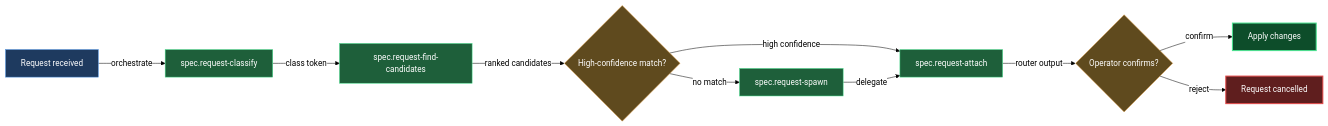
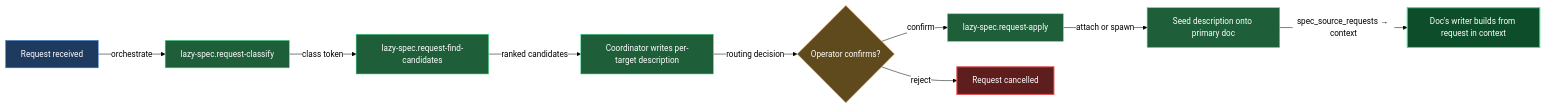
Before and after one commit to mebius-san/lazy-cortex: the diagram in claude/lazycortex-specs/help/requests.md, drawn with Mermaid. The commit also changed other lines of this file and 511 other files, not shown here.

First line of the commit message:
release: core 7.0.0, specs 6.0.0, review 6.1.0, obsidian 3.0.0, wiki 2.0.0, python 4.0.0, experts 1.0.0, diagram 1.1.7, observe 0.8.3

````diff
--- a/claude/lazycortex-specs/help/requests.md
+++ b/claude/lazycortex-specs/help/requests.md
@@ -67,39 +73,38 @@
 ```mermaid
 %%{init: {'themeVariables':{'background':'transparent','lineColor':'#000','textColor':'#000','edgeLabelBackground':'#fff'},'themeCSS':'.edgeLabel{background-color:transparent!important}.edgeLabel p{background-color:transparent!important}','flowchart':{'diagramPadding':5,'useMaxWidth':true}}}%%
 flowchart LR
   requestReceived[Request received]
-  classifyRequest[spec.request-classify]
-  findCandidates[spec.request-find-candidates]
-  scoreCheck{High-confidence match?}
-  attachEntity[spec.request-attach]
-  spawnEntity[spec.request-spawn]
+  classifyRequest[lazy-spec.request-classify]
+  findCandidates[lazy-spec.request-find-candidates]
+  writeDescription[Coordinator writes per-target description]
   operatorConfirm{Operator confirms?}
-  applyChanges[Apply changes]
+  applyWorker[lazy-spec.request-apply]
+  seedDoc[Seed description onto primary doc]
+  writerBuilds[Doc's writer builds from request in context]
   requestCancelled[Request cancelled]
 
   requestReceived -->|orchestrate| classifyRequest
   classifyRequest -->|class token| findCandidates
-  findCandidates -->|ranked candidates| scoreCheck
-  scoreCheck -->|high confidence| attachEntity
-  scoreCheck -->|no match| spawnEntity
-  spawnEntity -->|delegate| attachEntity
-  attachEntity -->|router output| operatorConfirm
-  operatorConfirm -->|confirm| applyChanges
+  findCandidates -->|ranked candidates| writeDescription
+  writeDescription -->|routing decision| operatorConfirm
+  operatorConfirm -->|confirm| applyWorker
   operatorConfirm -->|reject| requestCancelled
+  applyWorker -->|attach or spawn| seedDoc
+  seedDoc -->|spec_source_requests → context| writerBuilds
 
   classDef entry fill:#1e3a5f,stroke:#4a90e2,color:#fff
   classDef guard fill:#5f4a1e,stroke:#e2a14a,color:#fff
   classDef action fill:#1e5f3a,stroke:#4ae290,color:#fff
   classDef success fill:#0d4d2a,stroke:#4ae290,color:#fff,stroke-width:2px
   classDef error fill:#5f1e1e,stroke:#e24a4a,color:#fff,stroke-width:2px
 
   class requestReceived entry
   class classifyRequest action
   class findCandidates action
-  class scoreCheck guard
-  class attachEntity action
-  class spawnEntity action
+  class writeDescription action
   class operatorConfirm guard
-  class applyChanges success
+  class applyWorker action
+  class seedDoc action
+  class writerBuilds success
   class requestCancelled error
 ```
````
